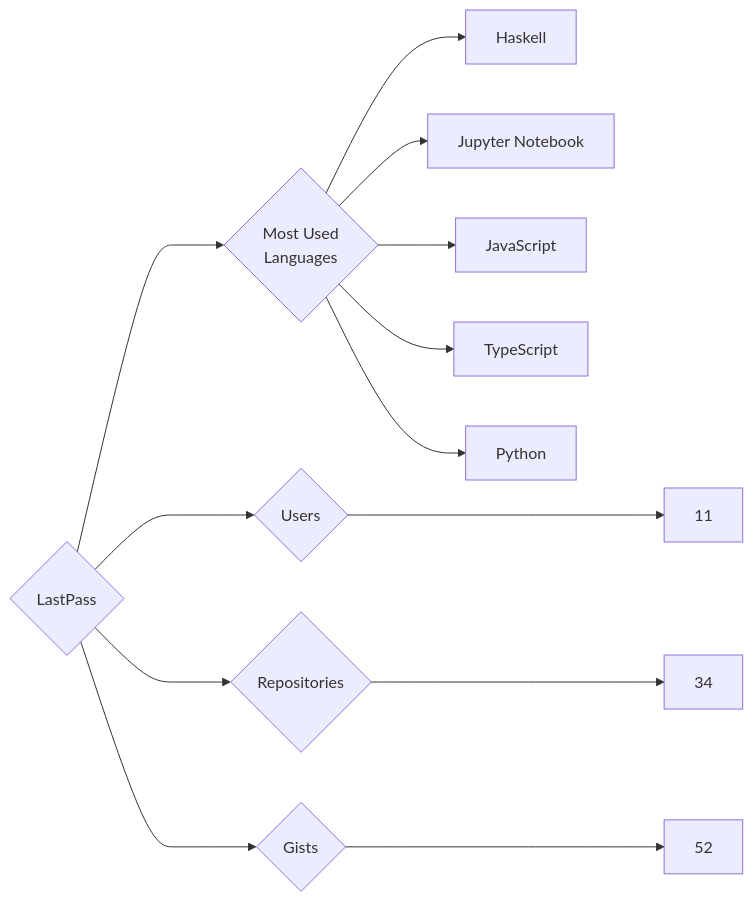
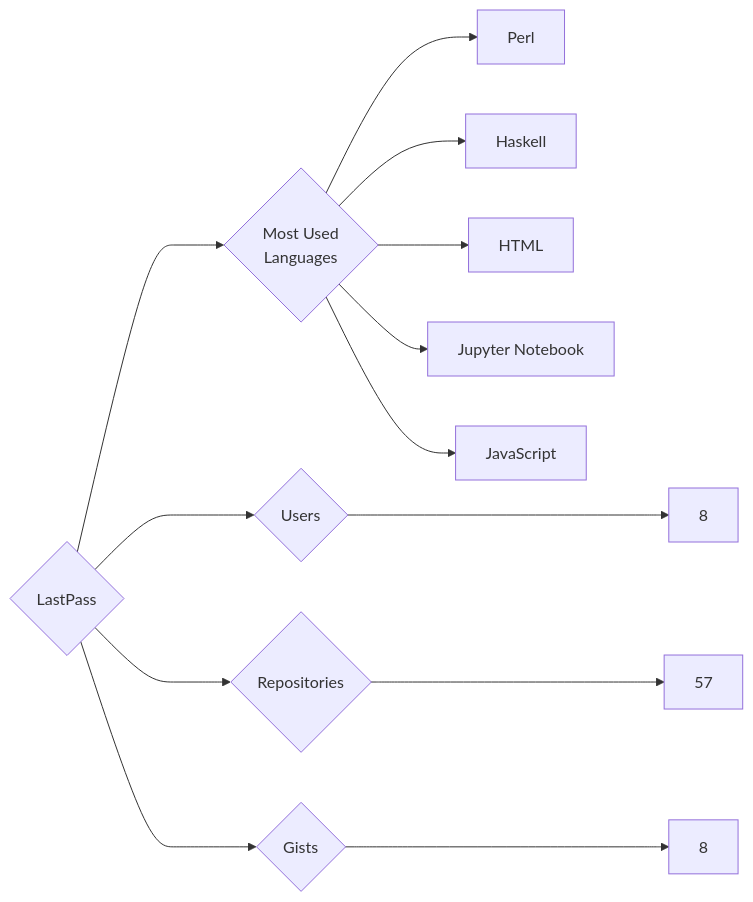
One commit to trickest/insiders changed the diagram in targets/LastPass/README.md. Above: the diagram before and after it, drawn with Mermaid. The commit also changed 837 other files, not shown here.

````diff
--- a/targets/LastPass/README.md
+++ b/targets/LastPass/README.md
@@ -3,13 +3,13 @@
 ```mermaid
 graph LR
 COMPANY_NAME{LastPass}
-COMPANY_NAME ---> U{Users} ---> UN[11]
-COMPANY_NAME ---> R{Repositories} ---> RN[34]
-COMPANY_NAME ---> G{Gists} ---> GN[52]
+COMPANY_NAME ---> U{Users} ---> UN[8]
+COMPANY_NAME ---> R{Repositories} ---> RN[57]
+COMPANY_NAME ---> G{Gists} ---> GN[8]
 COMPANY_NAME ---> ML{Most Used<br>Languages}
+ML --> Perl[Perl]
 ML --> Haskell[Haskell]
+ML --> HTML[HTML]
 ML --> Jupyter_Notebook[Jupyter Notebook]
 ML --> JavaScript[JavaScript]
-ML --> TypeScript[TypeScript]
-ML --> Python[Python]
 ```
````
